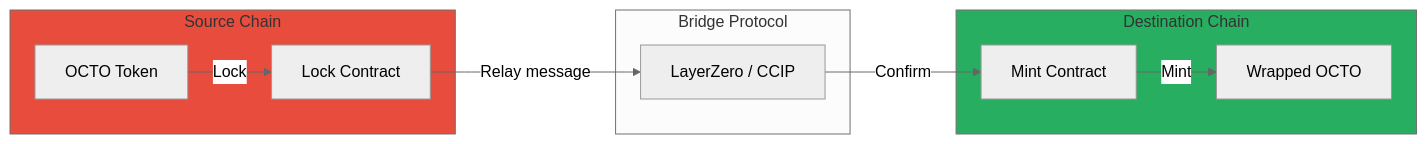
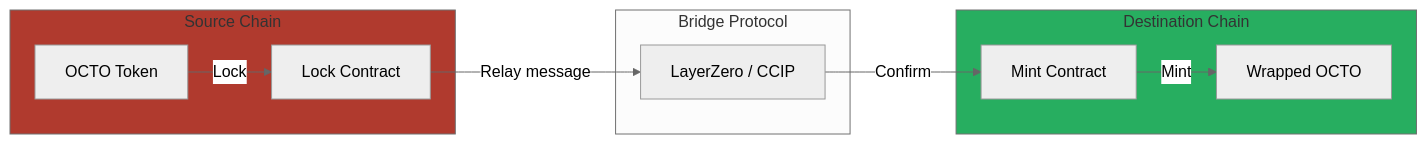
One commit to CipherOcto/cipherocto changed the seventh of 9 diagrams in docs/03-technology/blockchain-integration.md. Above: the diagram before and after it, drawn with Mermaid (neutral theme). The commit also changed other lines of this file and 13 other files, not shown here.

First line of the commit message:
Improve Mermaid diagram accessibility: Fix color contrast

````diff
--- a/docs/03-technology/blockchain-integration.md
+++ b/docs/03-technology/blockchain-integration.md
@@ -307,24 +307,24 @@
 ```mermaid
 graph LR
     subgraph SOURCE["Source Chain"]
         S1[OCTO Token]
         S2[Lock Contract]
     end
 
     subgraph BRIDGE["Bridge Protocol"]
         B1[LayerZero / CCIP]
     end
 
     subgraph DEST["Destination Chain"]
         D1[Wrapped OCTO]
         D2[Mint Contract]
     end
 
     S1 -->|Lock| S2
     S2 -->|Relay message| B1
     B1 -->|Confirm| D2
     D2 -->|Mint| D1
 
-    style SOURCE fill:#e74c3c
+    style SOURCE fill:#b03a2e
     style DEST fill:#27ae60
 ```
````
